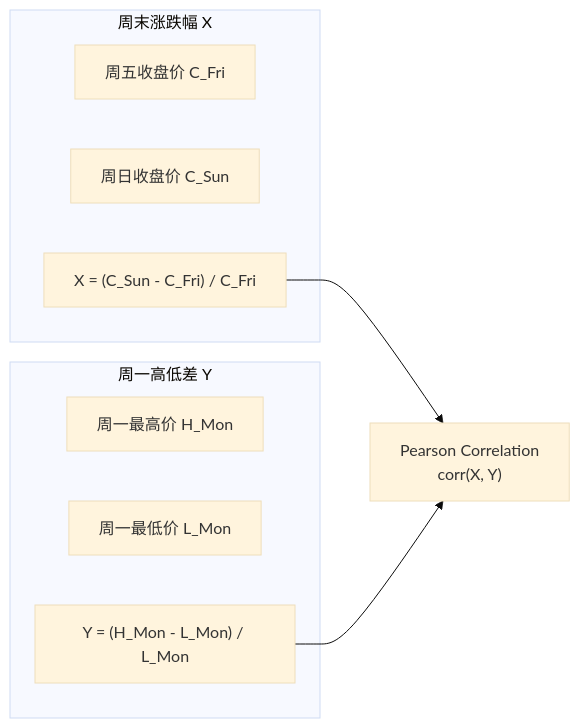
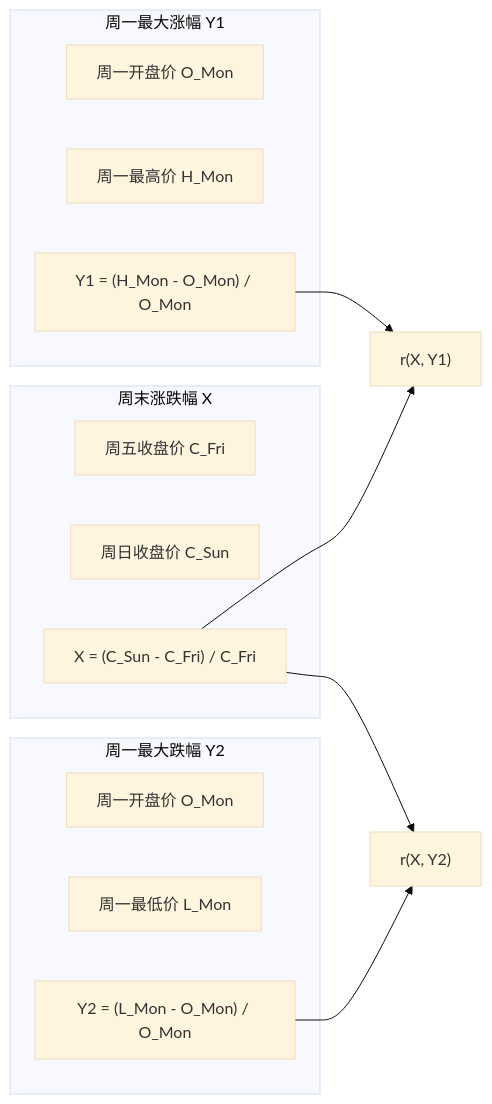
Diagram 17 of 20 in DESIGN_CN.md (RESBI/StockStatistic), drawn with Mermaid (base theme) before and after one commit. The commit also changed other lines of this file and 13 other files, not shown here.

First line of the commit message:
Replace PAXG bar/box charts with histogram distributions; update all docs

````diff
--- a/DESIGN_CN.md
+++ b/DESIGN_CN.md
@@ -1262,17 +1270,25 @@
 ```mermaid
 graph LR
     subgraph "周末涨跌幅 X"
         F["周五收盘价 C_Fri"]
         S["周日收盘价 C_Sun"]
         X["X = (C_Sun - C_Fri) / C_Fri"]
     end
     
-    subgraph "周一高低差 Y"
+    subgraph "周一最大涨幅 Y1"
+        MO["周一开盘价 O_Mon"]
         MH["周一最高价 H_Mon"]
+        Y1["Y1 = (H_Mon - O_Mon) / O_Mon"]
+    end
+
+    subgraph "周一最大跌幅 Y2"
+        MO2["周一开盘价 O_Mon"]
         ML["周一最低价 L_Mon"]
-        Y["Y = (H_Mon - L_Mon) / L_Mon"]
+        Y2["Y2 = (L_Mon - O_Mon) / O_Mon"]
     end
     
-    X --> CORR["Pearson Correlation<br/>corr(X, Y)"]
-    Y --> CORR
+    X --> CORR1["r(X, Y1)"]
+    Y1 --> CORR1
+    X --> CORR2["r(X, Y2)"]
+    Y2 --> CORR2
 ```
````
